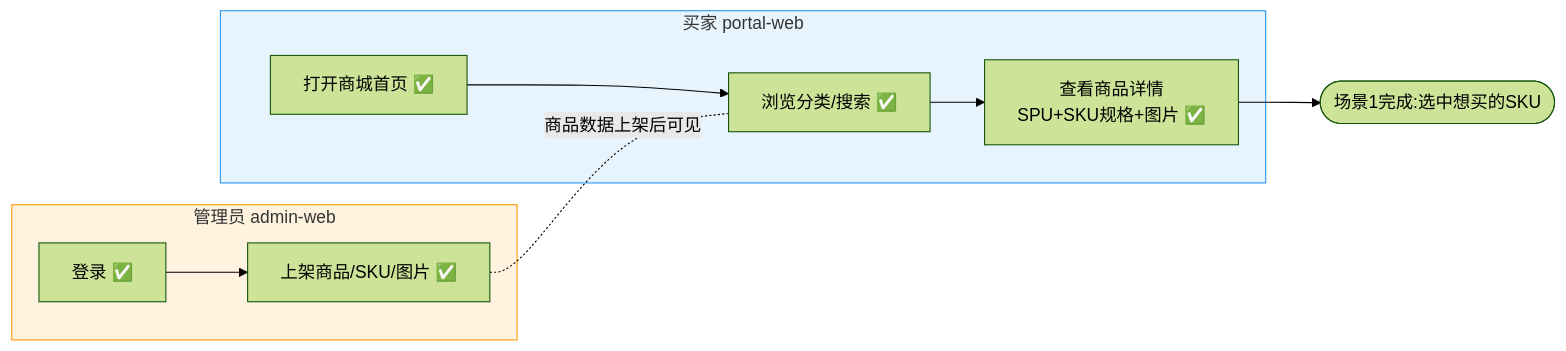
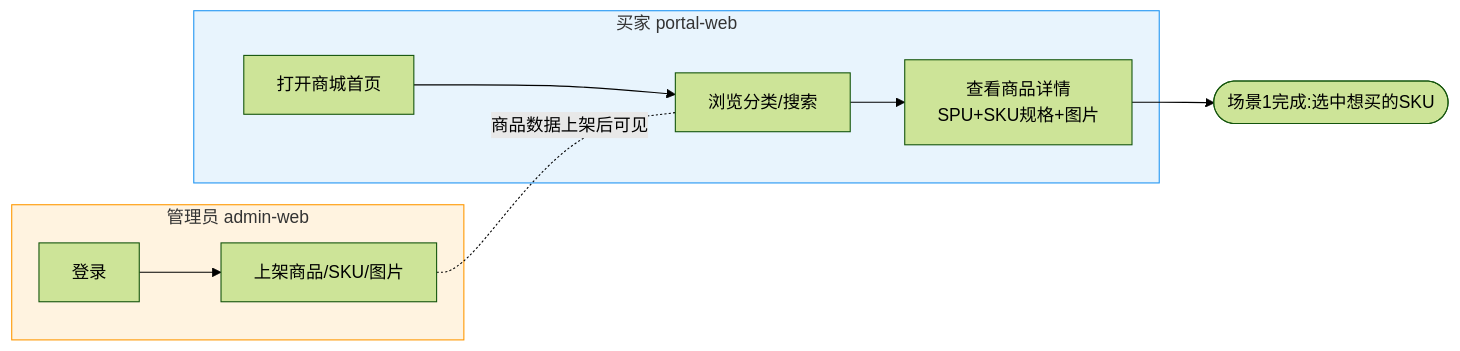
Before and after one commit to zzy-repo/qiqi-mall: the diagram in docs/flows/02-业务场景/3-场景1-商品浏览.mmd, drawn with Mermaid (forest theme). The commit also changed 40 other files, not shown here.

Commit message:
docs: 图集按系统当前状态整理——删除全部md与快照性图(问题图/修复方案/改造前),清除实现状态标注,ER重编为1~4,flows六目录定稿

```diff
--- a/docs/flows/02-业务场景/3-场景1-商品浏览.mmd
+++ b/docs/flows/02-业务场景/3-场景1-商品浏览.mmd
@@ -1,11 +1,11 @@
 flowchart LR
     subgraph Admin[管理员 admin-web]
-        A1[登录 ✅] --> A2[上架商品/SKU/图片 ✅]
+        A1[登录] --> A2[上架商品/SKU/图片]
     end
     subgraph Buyer[买家 portal-web]
-        B1[打开商城首页 ✅] --> B2[浏览分类/搜索 ✅] --> B3[查看商品详情<br/>SPU+SKU规格+图片 ✅]
+        B1[打开商城首页] --> B2[浏览分类/搜索] --> B3[查看商品详情<br/>SPU+SKU规格+图片]
     end
     A2 -.商品数据上架后可见.- B2
     B3 --> Done1([场景1完成:选中想买的SKU])
     style Admin fill:#fff3e0,stroke:#ff9800
     style Buyer fill:#e8f4fd,stroke:#2196f3
```
